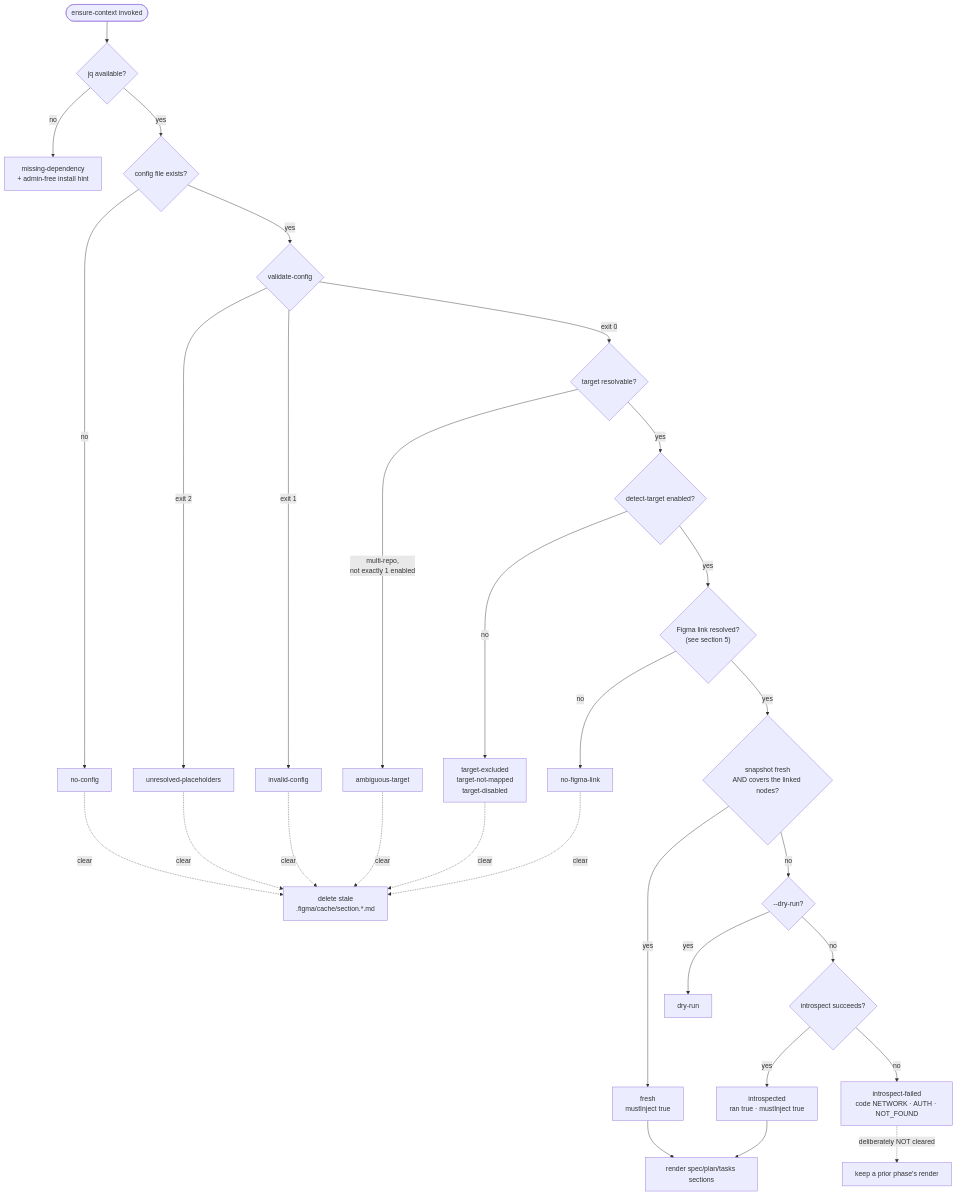
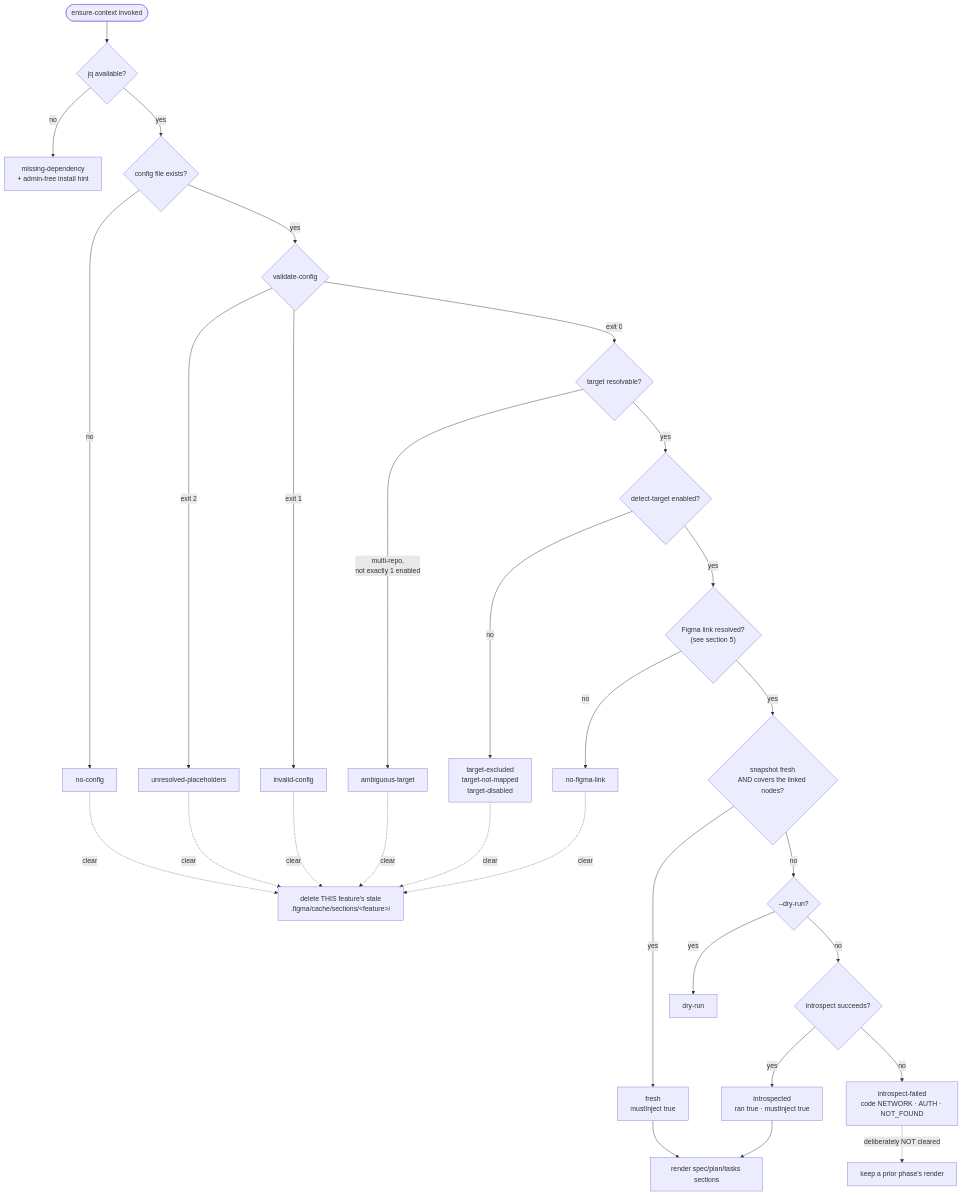
One commit to Fyloss/spec-kit-figma changed the fourth of 11 diagrams in docs/ARCHITECTURE.md. Above: the diagram before and after it, drawn with Mermaid. The commit also changed other lines of this file and 14 other files, not shown here.

First line of the commit message:
fix: scope rendered sections per feature so a design-less run cannot fail open

````diff
--- a/docs/ARCHITECTURE.md
+++ b/docs/ARCHITECTURE.md
@@ -156,34 +156,34 @@
 ```mermaid
 flowchart TD
     Start(["ensure-context invoked"]) --> Jq{"jq available?"}
     Jq -->|no| RMissing["missing-dependency<br>+ admin-free install hint"]
     Jq -->|yes| Cfg{"config file exists?"}
     Cfg -->|no| RNoCfg["no-config"]
     Cfg -->|yes| Val{"validate-config"}
     Val -->|"exit 2"| RPlace["unresolved-placeholders"]
     Val -->|"exit 1"| RInvalid["invalid-config"]
     Val -->|"exit 0"| Tgt{"target resolvable?"}
     Tgt -->|"multi-repo,<br>not exactly 1 enabled"| RAmb["ambiguous-target"]
     Tgt -->|yes| Det{"detect-target enabled?"}
     Det -->|no| RTgt["target-excluded<br>target-not-mapped<br>target-disabled"]
     Det -->|yes| Link{"Figma link resolved?<br>(see section 5)"}
     Link -->|no| RNoLink["no-figma-link"]
     Link -->|yes| Fresh{"snapshot fresh<br>AND covers the linked nodes?"}
     Fresh -->|yes| RFresh["fresh<br>mustInject true"]
     Fresh -->|no| Dry{"--dry-run?"}
     Dry -->|yes| RDry["dry-run"]
     Dry -->|no| Intro{"introspect succeeds?"}
     Intro -->|yes| ROk["introspected<br>ran true · mustInject true"]
     Intro -->|no| RFail["introspect-failed<br>code NETWORK · AUTH · NOT_FOUND"]
 
     RFresh --> Rend["render spec/plan/tasks sections"]
     ROk --> Rend
 
-    RNoCfg -.->|clear| Wipe["delete stale<br>.figma/cache/section.*.md"]
+    RNoCfg -.->|clear| Wipe["delete THIS feature's stale<br>.figma/cache/sections/&lt;feature&gt;/"]
     RPlace -.->|clear| Wipe
     RInvalid -.->|clear| Wipe
     RAmb -.->|clear| Wipe
     RTgt -.->|clear| Wipe
     RNoLink -.->|clear| Wipe
     RFail -.->|"deliberately NOT cleared"| Keep["keep a prior phase's render"]
 ```
````
